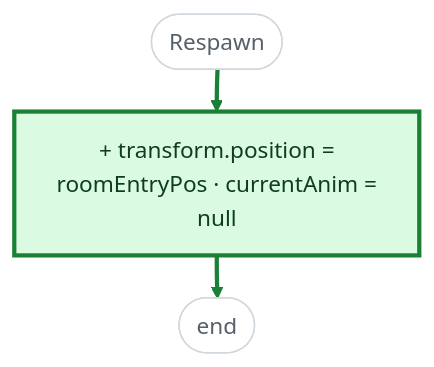
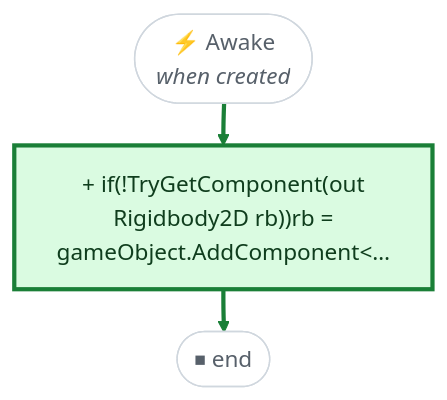
Before and after one commit to nataiai/Lord-of-the-Dungeon: the seventh of 11 diagrams in CodeGraph~/diffs/b47c315.md, drawn with Mermaid. The commit also changed other lines of this file and 57 other files, not shown here.

````diff
--- a/CodeGraph~/diffs/b47c315.md
+++ b/CodeGraph~/diffs/b47c315.md
@@ -308,24 +255,25 @@
 ```mermaid
 ---
 config:
   flowchart:
     wrappingWidth: 260
     nodeSpacing: 26
     rankSpacing: 30
 ---
 flowchart TD
-  nS(["Respawn"])
-  n1e1ac9["+ transform.position =<br>roomEntryPos · currentAnim =<br>null"]
-  nE(["end"])
-  nS --> n1e1ac9
-  n1e1ac9 --> nE
+  nS(["⚡ Awake<br><i>when created</i>"])
+  n370a09["+ if(!TryGetComponent(out<br>Rigidbody2D rb))rb =<br>gameObject.AddComponent#60;…"]
+  nE(["⏹ end"])
+  nS --> n370a09
+  n370a09 --> nE
   linkStyle 0 stroke:#1a7f37,stroke-width:3px
   linkStyle 1 stroke:#1a7f37,stroke-width:3px
   classDef same fill:#ffffff,stroke:#d0d7de,color:#57606a
   classDef added fill:#dafbe1,stroke:#1a7f37,stroke-width:3px,color:#0f3d1d
-  classDef removed fill:#ffebe9,stroke:#cf222e,stroke-width:3px,color:#82071e
+  classDef removed fill:#ffebe9,stroke:#cf222e,stroke-width:3px,stroke-dasharray:6 4,color:#82071e
   classDef modified fill:#fff8c5,stroke:#bf8700,stroke-width:3px,color:#4d2d00
   classDef impacted fill:#ffffff,stroke:#6e7781,stroke-width:2px,stroke-dasharray:2 3,color:#24292f
-  class n1e1ac9 added
+  classDef stub fill:#ffffff,stroke:#8c959f,stroke-dasharray:2 3,color:#8c959f
+  class n370a09 added
   class nS,nE same
 ```
````
